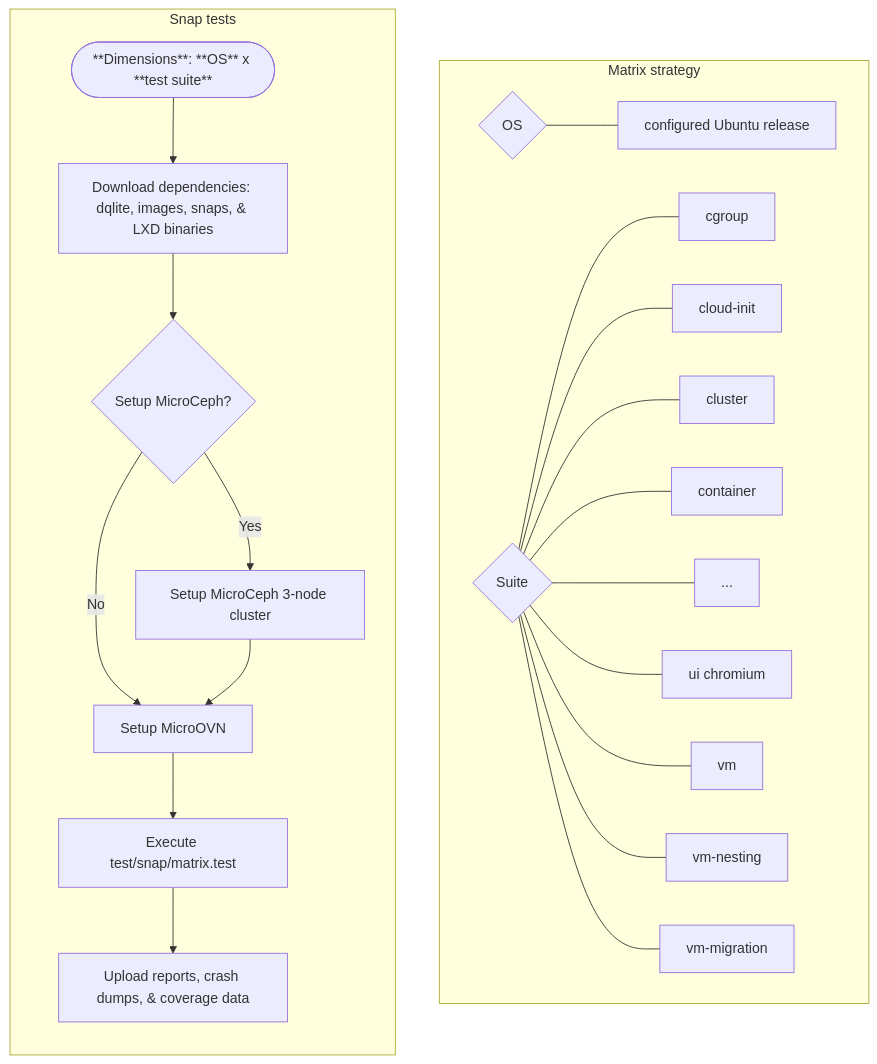
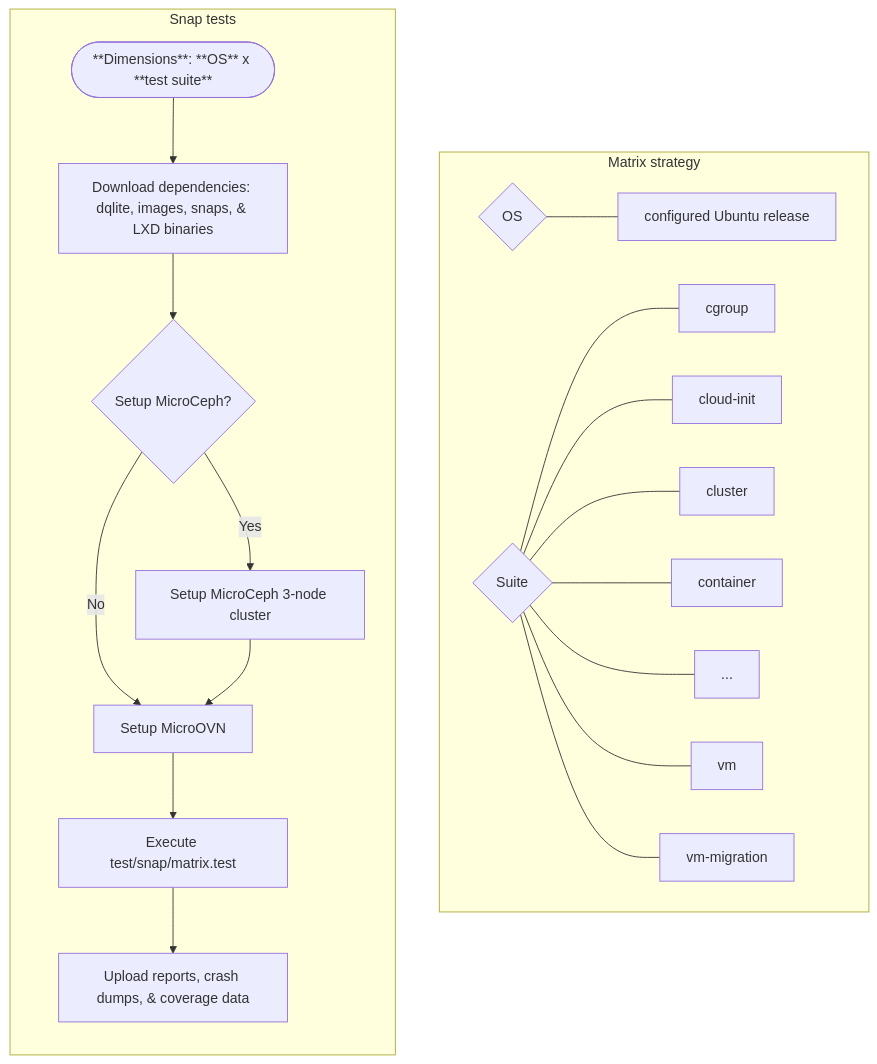
Before and after one commit to canonical/lxd: the fourth of 5 diagrams in test/overview.md, drawn with Mermaid.

Commit message:
test/overview: update test list

````diff
--- a/test/overview.md
+++ b/test/overview.md
@@ -125,33 +125,31 @@
 ```mermaid
 graph TD
     subgraph ST_Matrix [Matrix strategy]
         direction LR
         O_Node{OS}
         S_Node{Suite}
 
         O_Node --- O1[configured Ubuntu release]
 
         S_Node --- S1[cgroup]
         S_Node --- S2[cloud-init]
         S_Node --- S3[cluster]
         S_Node --- S4[container]
-        S_Node --- S5_36[...]
-        S_Node --- S37[ui chromium]
+        S_Node --- S5_37[...]
         S_Node --- S38[vm]
-        S_Node --- S39[vm-nesting]
-        S_Node --- S40[vm-migration]
+        S_Node --- S39[vm-migration]
     end
     subgraph ST [Snap tests]
         direction TB
         Start(["**Dimensions**: **OS** x **test suite**"]) --> PullArtifacts[Download dependencies: dqlite, images, snaps, & LXD binaries]
 
         PullArtifacts --> InfraCheck{Setup MicroCeph?}
         InfraCheck -- Yes --> SetupCeph[Setup MicroCeph 3-node cluster]
         InfraCheck -- No --> SetupOVN[Setup MicroOVN]
         SetupCeph --> SetupOVN
 
         SetupOVN --> ExecTest[Execute test/snap/matrix.test]
 
         ExecTest --> Uploads[Upload reports, crash dumps, & coverage data]
     end
 ```
````
